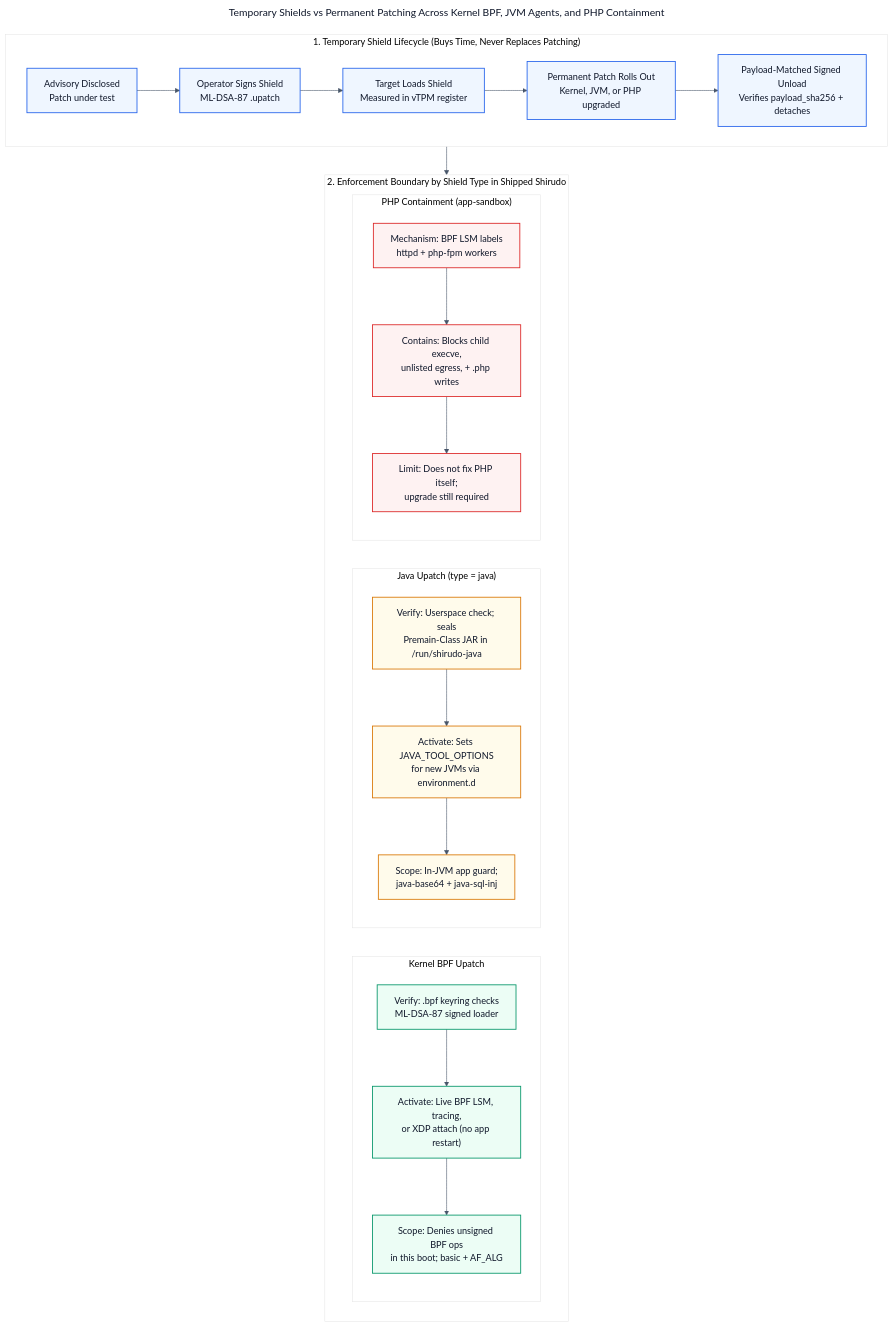
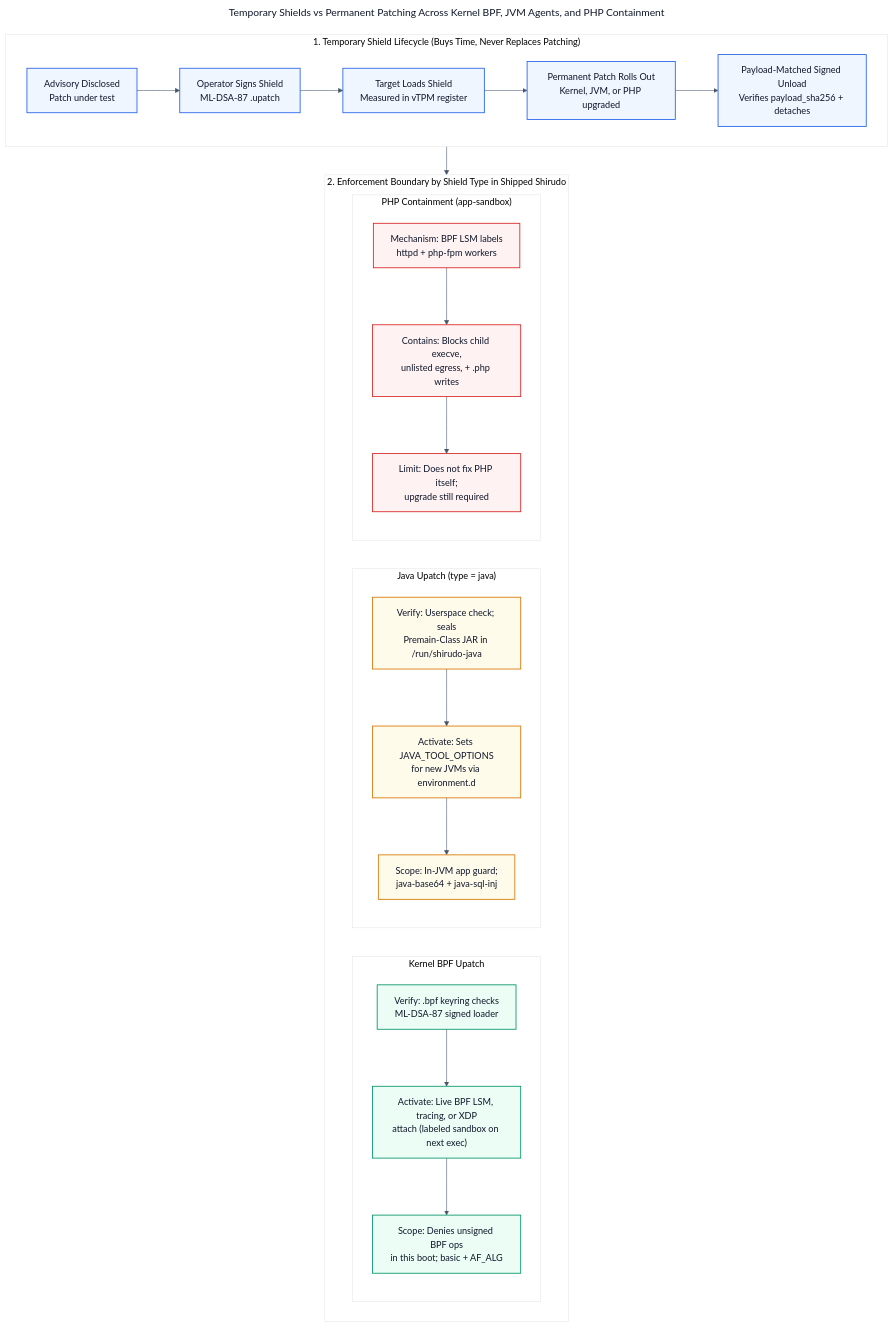
Before and after one commit to johnsonshi/shirudo-on-azure: the diagram in docs/figures/shirudo-shield-mechanisms.mmd, drawn with Mermaid. The commit also changed 4 other files, not shown here.

Commit message:
Add bounded target control results and tighten operator key and BPF attach labels

```diff
--- a/docs/figures/shirudo-shield-mechanisms.mmd
+++ b/docs/figures/shirudo-shield-mechanisms.mmd
@@ -1,60 +1,60 @@
 ---
 title: "Temporary Shields vs Permanent Patching Across Kernel BPF, JVM Agents, and PHP Containment"
 config:
   theme: base
   layout: dagre
   themeVariables:
     primaryColor: "#f8fafc"
     primaryTextColor: "#0f172a"
     primaryBorderColor: "#334155"
     lineColor: "#475569"
 ---
 %% Editable Mermaid source for docs/figures/shirudo-shield-mechanisms.svg
 flowchart TB
     subgraph LIFE["1. Temporary Shield Lifecycle (Buys Time, Never Replaces Patching)"]
         direction LR
         L1["Advisory Disclosed<br/>Patch under test"] --> L2["Operator Signs Shield<br/>ML-DSA-87 .upatch"]
         L2 --> L3["Target Loads Shield<br/>Measured in vTPM register"]
         L3 --> L4["Permanent Patch Rolls Out<br/>Kernel, JVM, or PHP upgraded"]
         L4 --> L5["Payload-Matched Signed Unload<br/>Verifies payload_sha256 + detaches"]
     end
 
     subgraph COMP["2. Enforcement Boundary by Shield Type in Shipped Shirudo"]
         direction LR
 
         subgraph S_BPF["Kernel BPF Upatch"]
             direction TB
             B1["Verify: .bpf keyring checks<br/>ML-DSA-87 signed loader"]
-            B2["Activate: Live BPF LSM, tracing,<br/>or XDP attach (no app restart)"]
+            B2["Activate: Live BPF LSM, tracing, or XDP<br/>attach (labeled sandbox on next exec)"]
             B3["Scope: Denies unsigned BPF ops<br/>in this boot; basic + AF_ALG"]
             B1 --> B2 --> B3
         end
 
         subgraph S_JAVA["Java Upatch (type = java)"]
             direction TB
             J1["Verify: Userspace check; seals<br/>Premain-Class JAR in /run/shirudo-java"]
             J2["Activate: Sets JAVA_TOOL_OPTIONS<br/>for new JVMs via environment.d"]
             J3["Scope: In-JVM app guard;<br/>java-base64 + java-sql-inj"]
             J1 --> J2 --> J3
         end
 
         subgraph S_PHP["PHP Containment (app-sandbox)"]
             direction TB
             P1["Mechanism: BPF LSM labels<br/>httpd + php-fpm workers"]
             P2["Contains: Blocks child execve,<br/>unlisted egress, + .php writes"]
             P3["Limit: Does not fix PHP itself;<br/>upgrade still required"]
             P1 --> P2 --> P3
         end
     end
 
     LIFE --> COMP
 
     classDef stepBox fill:#eff6ff,stroke:#2563eb,stroke-width:1.5px,color:#0f172a
     classDef bpfBox fill:#ecfdf5,stroke:#059669,stroke-width:1.5px,color:#0f172a
     classDef javaBox fill:#fffbeb,stroke:#d97706,stroke-width:1.5px,color:#0f172a
     classDef phpBox fill:#fef2f2,stroke:#dc2626,stroke-width:1.5px,color:#0f172a
 
     class L1,L2,L3,L4,L5 stepBox
     class B1,B2,B3 bpfBox
     class J1,J2,J3 javaBox
     class P1,P2,P3 phpBox
```
